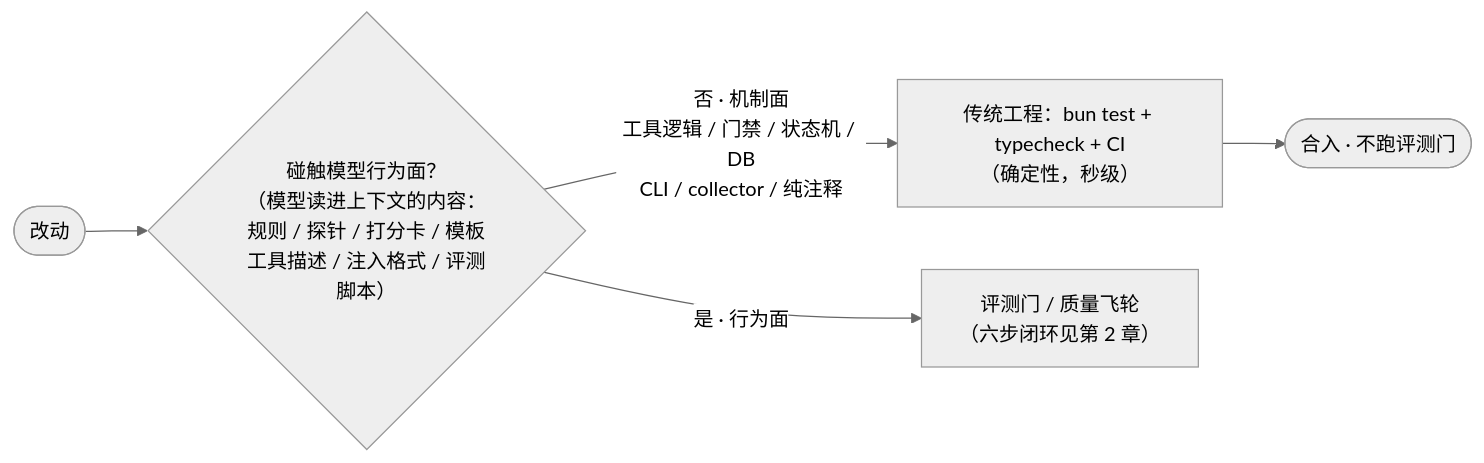
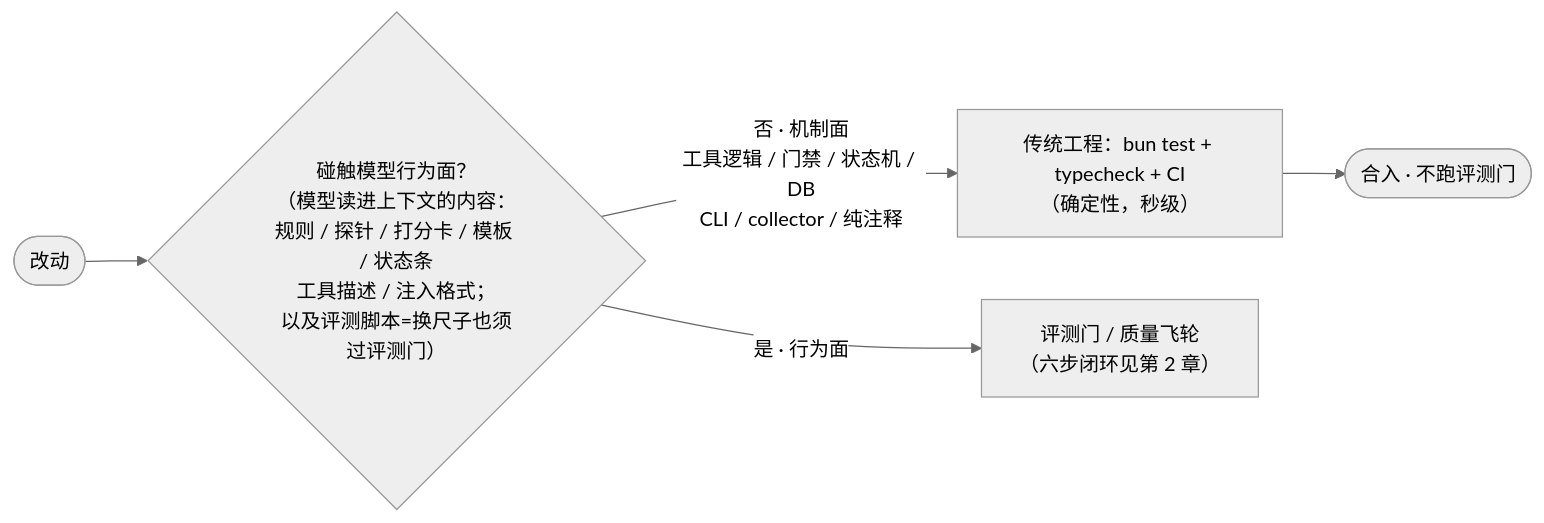
Before and after one commit to wonglaitung/opencode: the first of 3 diagrams in plugin-guide/eval-driven-rule-iteration.md, drawn with Mermaid (neutral theme). The commit also changed other lines of this file and 7 other files, not shown here.

````diff
--- a/plugin-guide/eval-driven-rule-iteration.md
+++ b/plugin-guide/eval-driven-rule-iteration.md
@@ -28,7 +39,7 @@
 ```mermaid
 flowchart LR
-    A(["改动"]) --> B{"碰触模型行为面？<br/>（模型读进上下文的内容：<br/>规则 / 探针 / 打分卡 / 模板<br/>工具描述 / 注入格式 / 评测脚本）"}
+    A(["改动"]) --> B{"碰触模型行为面？<br/>（模型读进上下文的内容：<br/>规则 / 探针 / 打分卡 / 模板 / 状态条<br/>工具描述 / 注入格式；<br/>以及评测脚本=换尺子也须过评测门）"}
     B -->|"否 · 机制面<br/>工具逻辑 / 门禁 / 状态机 / DB<br/>CLI / collector / 纯注释"| C["传统工程：bun test + typecheck + CI<br/>（确定性，秒级）"]
     C --> Z(["合入 · 不跑评测门"])
     B -->|"是 · 行为面"| D["评测门 / 质量飞轮<br/>（六步闭环见第 2 章）"]
 ```
````
